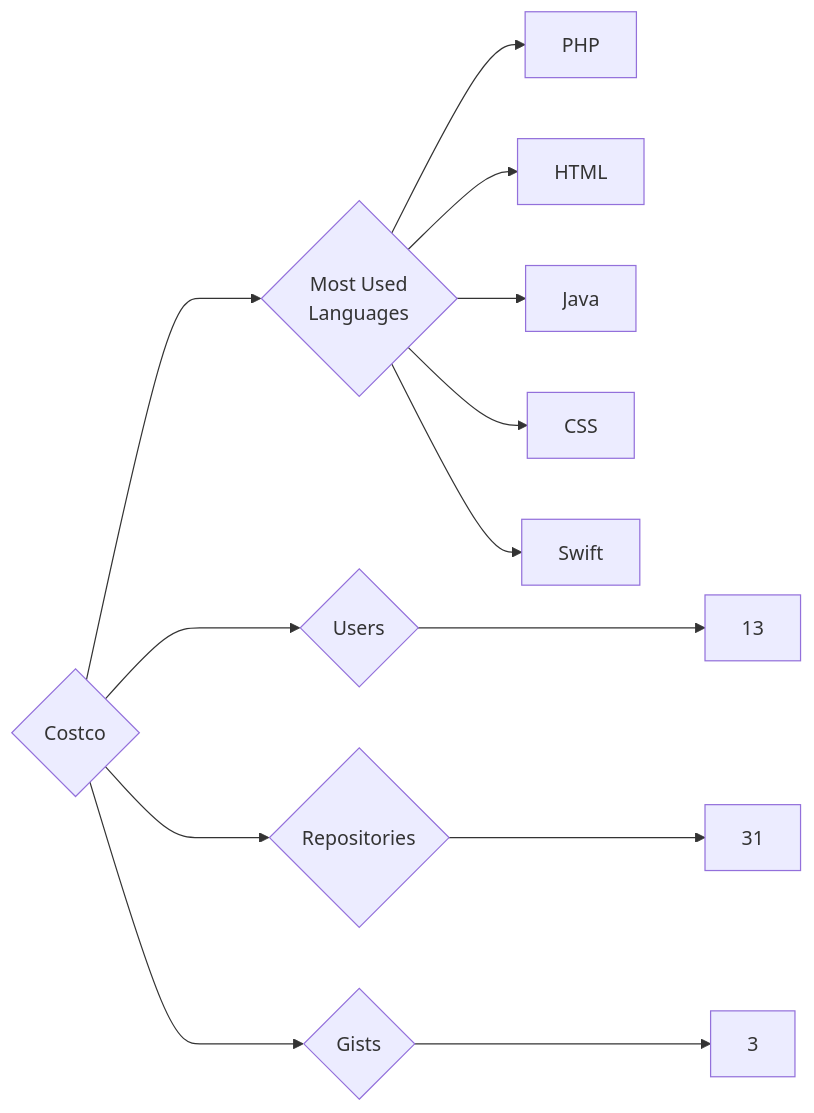
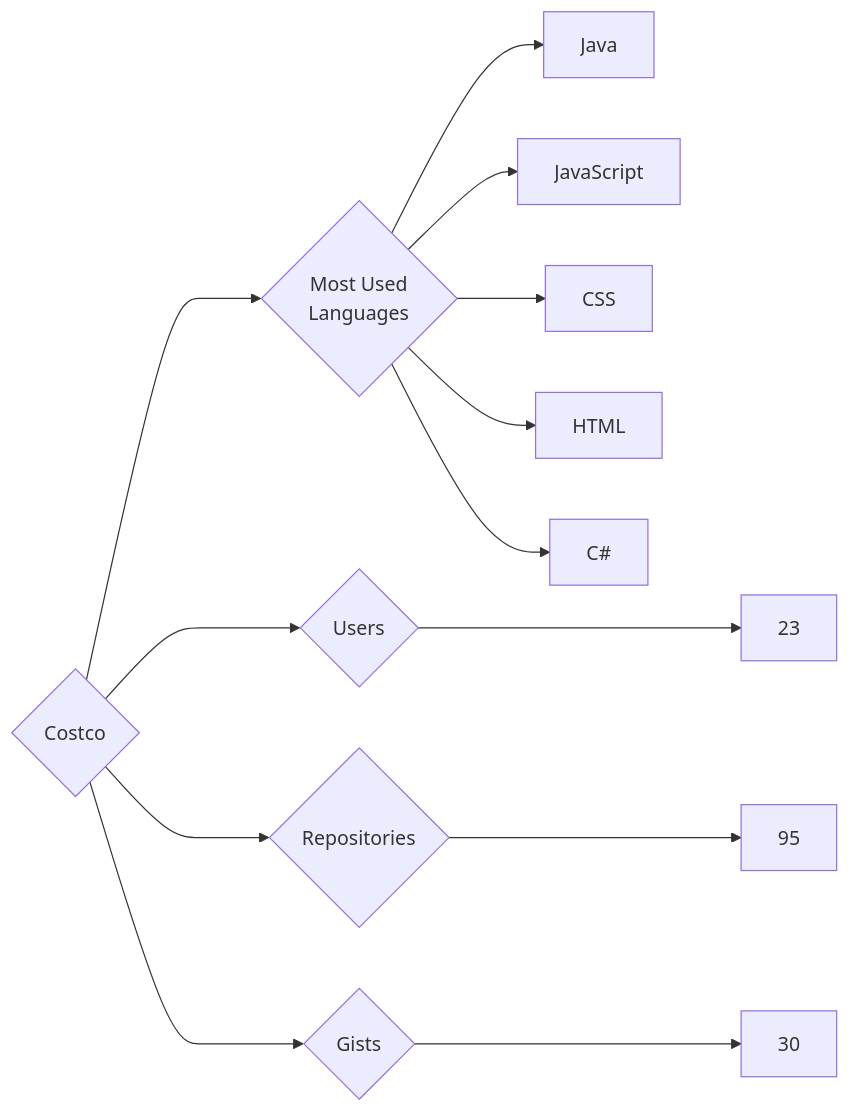
One commit to trickest/insiders changed the diagram in targets/Costco/README.md. Above: the diagram before and after it, drawn with Mermaid. The commit also changed 861 other files, not shown here.

````diff
--- a/targets/Costco/README.md
+++ b/targets/Costco/README.md
@@ -3,13 +3,13 @@
 ```mermaid
 graph LR
 COMPANY_NAME{Costco}
-COMPANY_NAME ---> U{Users} ---> UN[13]
-COMPANY_NAME ---> R{Repositories} ---> RN[31]
-COMPANY_NAME ---> G{Gists} ---> GN[3]
+COMPANY_NAME ---> U{Users} ---> UN[23]
+COMPANY_NAME ---> R{Repositories} ---> RN[95]
+COMPANY_NAME ---> G{Gists} ---> GN[30]
 COMPANY_NAME ---> ML{Most Used<br>Languages}
-ML --> PHP[PHP]
+ML --> Java[Java]
+ML --> JavaScript[JavaScript]
+ML --> CSS[CSS]
 ML --> HTML[HTML]
-ML --> Java[Java]
-ML --> CSS[CSS]
-ML --> Swift[Swift]
+ML --> C#[C#]
 ```
````
